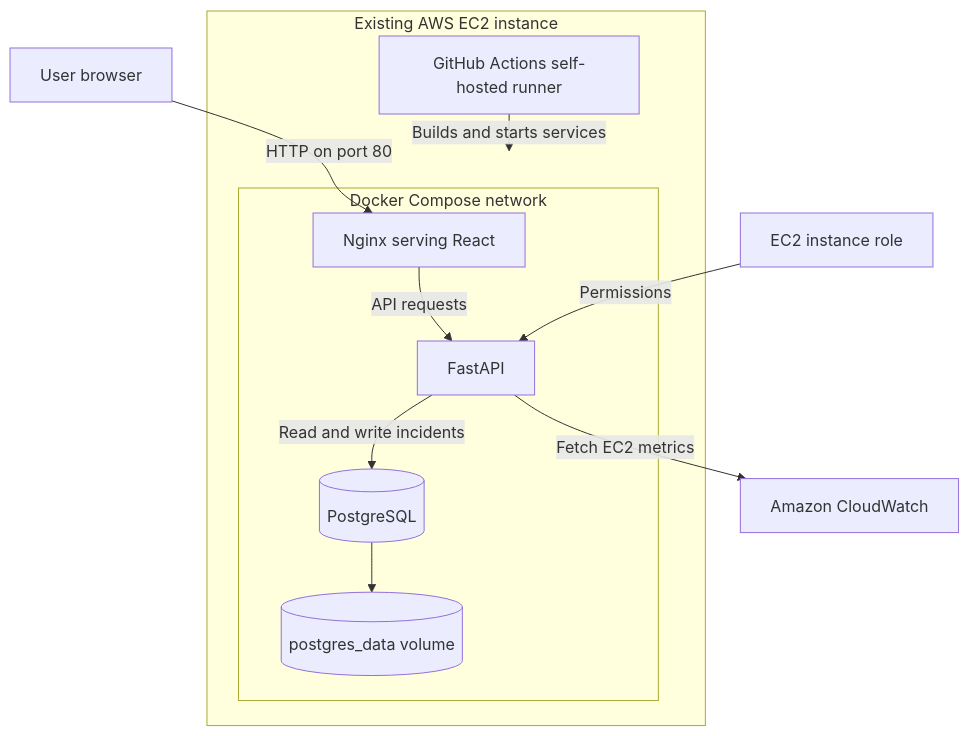
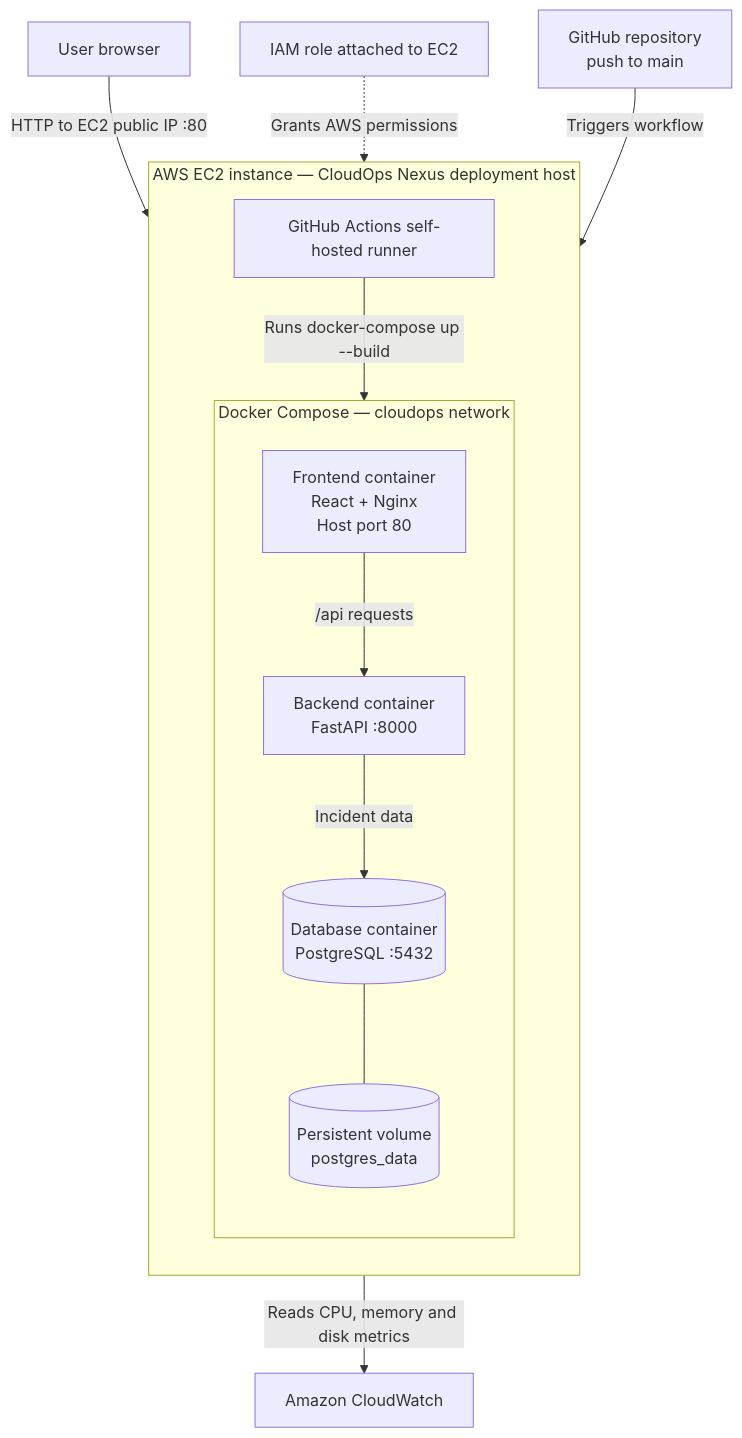
Before and after one commit to Bharath9542530187/CloudOps-Nexus: the diagram in README.md, drawn with Mermaid. The commit also changed other lines of this file, not shown here.

Commit message:
docs: clarify EC2 as application deployment host in architecture

````diff
--- a/README.md
+++ b/README.md
@@ -9,20 +9,29 @@
 ```mermaid
 flowchart TB
-    Browser[User browser] -->|HTTP on port 80| Nginx[Nginx serving React]
-    Nginx -->|API requests| API[FastAPI]
-    API -->|Read and write incidents| DB[(PostgreSQL)]
-    DB --> Volume[(postgres_data volume)]
-    API -->|Fetch EC2 metrics| CW[Amazon CloudWatch]
-    IAM[EC2 instance role] -->|Permissions| API
+    Browser[User browser]
 
-    subgraph Instance[Existing AWS EC2 instance]
-      subgraph Compose[Docker Compose network]
-        Nginx
-        API
-        DB
-        Volume
+    subgraph EC2["AWS EC2 instance — CloudOps Nexus deployment host"]
+      direction TB
+
+      subgraph APP["Docker Compose — cloudops network"]
+        direction TB
+        Nginx["Frontend container<br/>React + Nginx<br/>Host port 80"]
+        API["Backend container<br/>FastAPI :8000"]
+        DB[("Database container<br/>PostgreSQL :5432")]
+        VOL[("Persistent volume<br/>postgres_data")]
+
+        Nginx -->|/api requests| API
+        API -->|Incident data| DB
+        DB --- VOL
       end
-      Runner[GitHub Actions self-hosted runner]
-      Runner -->|Builds and starts services| Compose
+
+      Runner["GitHub Actions self-hosted runner"]
+      Runner -->|Runs docker-compose up --build| APP
     end
+
+    Browser -->|HTTP to EC2 public IP :80| Nginx
+
+    API -->|Reads CPU, memory and disk metrics| CW["Amazon CloudWatch"]
+    ROLE["IAM role attached to EC2"] -.->|Grants AWS permissions| API
+    GitHub["GitHub repository<br/>push to main"] -->|Triggers workflow| Runner
 ```
````
